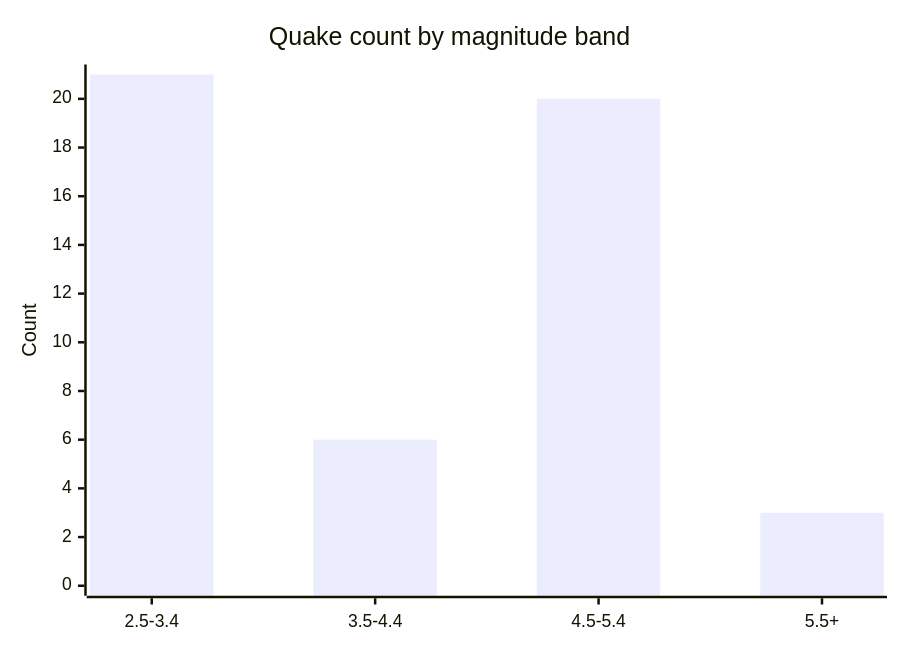
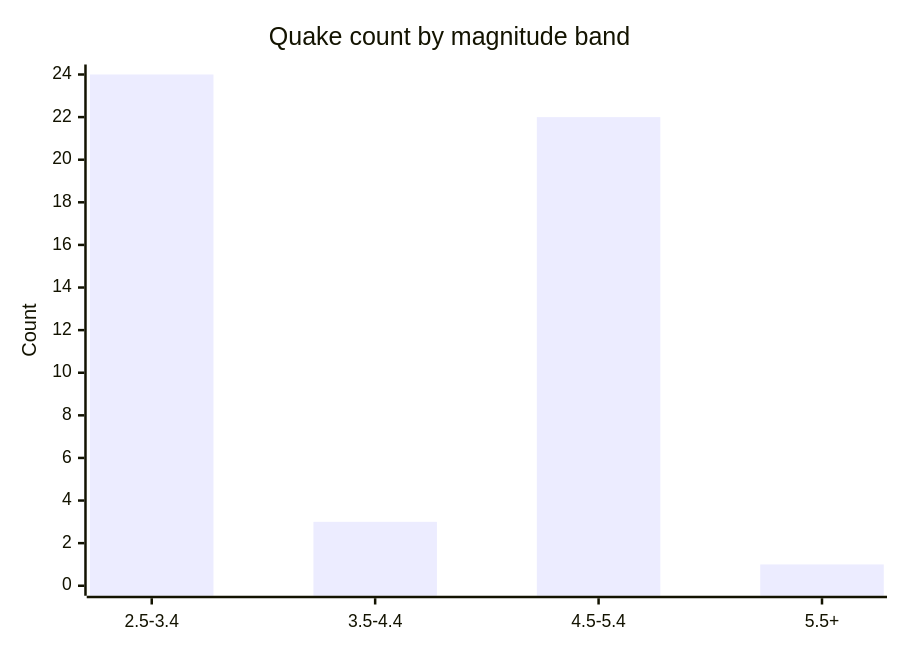
The fifth of 6 diagrams in docs/GRAPHS.md (Midwest-Stratospheric/aerostratospheric-defense-gir), drawn with Mermaid before and after one commit. The commit also changed other lines of this file and 26 other files, not shown here.

````diff
--- a/docs/GRAPHS.md
+++ b/docs/GRAPHS.md
@@ -82,7 +82,7 @@
 ```mermaid
 xychart-beta
   title "Quake count by magnitude band"
   x-axis ["2.5-3.4", "3.5-4.4", "4.5-5.4", "5.5+"]
-  y-axis "Count" 0 --> 21
-  bar [21, 6, 20, 3]
+  y-axis "Count" 0 --> 24
+  bar [24, 3, 22, 1]
 ```
````
